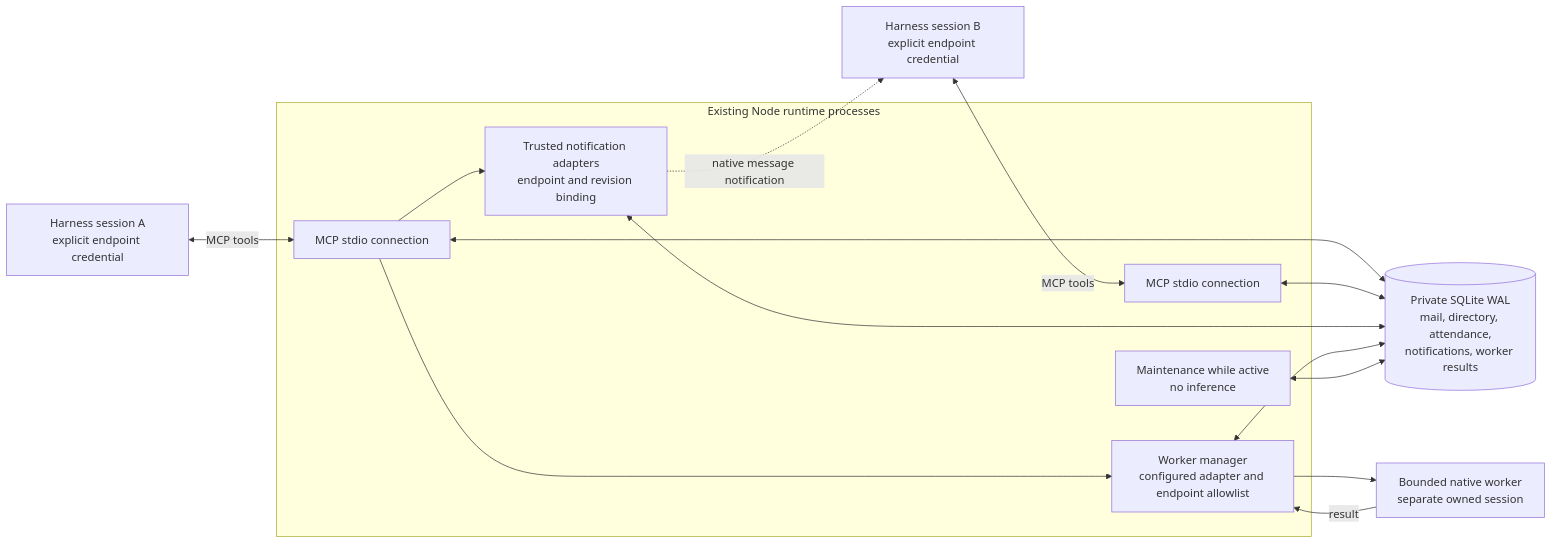
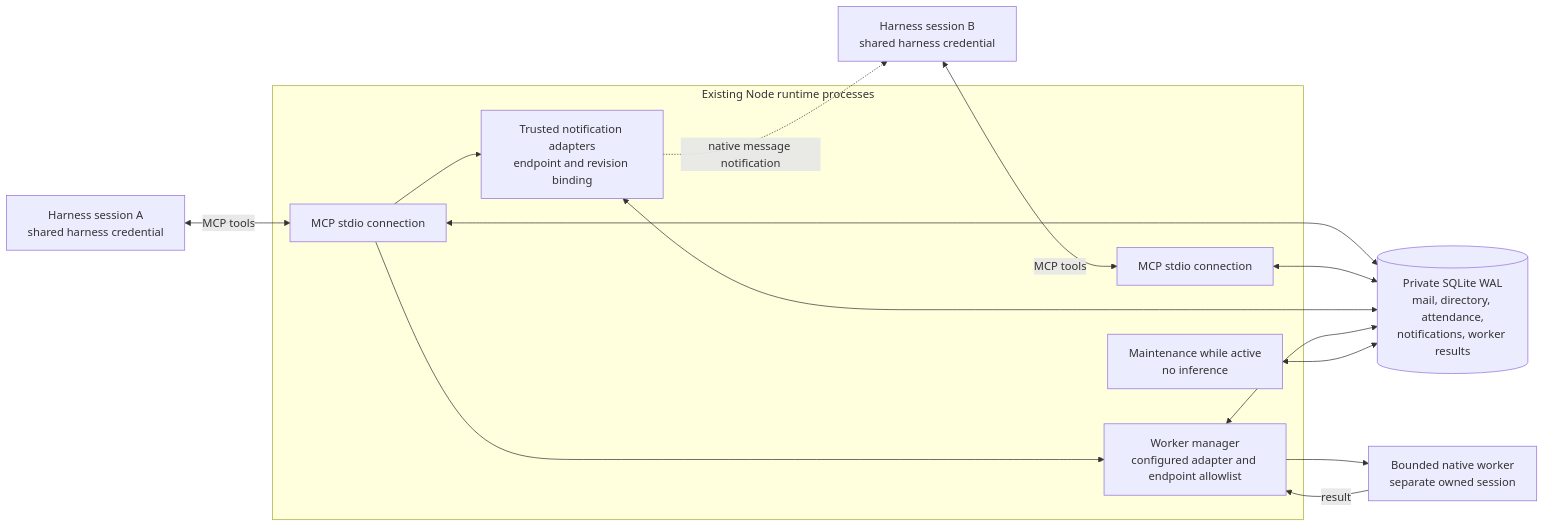
One commit to GreyManSoftware/IHCP3K changed the diagram in docs/architecture.md. Above: the diagram before and after it, drawn with Mermaid. The commit also changed other lines of this file and 42 other files, not shown here.

````diff
--- a/docs/architecture.md
+++ b/docs/architecture.md
@@ -7,26 +7,26 @@
 ```mermaid
 flowchart LR
-  A["Harness session A<br/>explicit endpoint credential"]
-  B["Harness session B<br/>explicit endpoint credential"]
+  A["Harness session A<br/>shared harness credential"]
+  B["Harness session B<br/>shared harness credential"]
   subgraph Local["Existing Node runtime processes"]
     R1["MCP stdio connection"]
     R2["MCP stdio connection"]
     N["Trusted notification adapters<br/>endpoint and revision binding"]
     W["Worker manager<br/>configured adapter and endpoint allowlist"]
     M["Maintenance while active<br/>no inference"]
   end
   DB[("Private SQLite WAL<br/>mail, directory, attendance,<br/>notifications, worker results")]
   Child["Bounded native worker<br/>separate owned session"]
   A <-->|"MCP tools"| R1
   B <-->|"MCP tools"| R2
   R1 <--> DB
   R2 <--> DB
   R1 --> N
   N <--> DB
   N -. "native message notification" .-> B
   R1 --> W
   W --> Child
   Child -->|result| W
   W <--> DB
   M <--> DB
 ```
````
